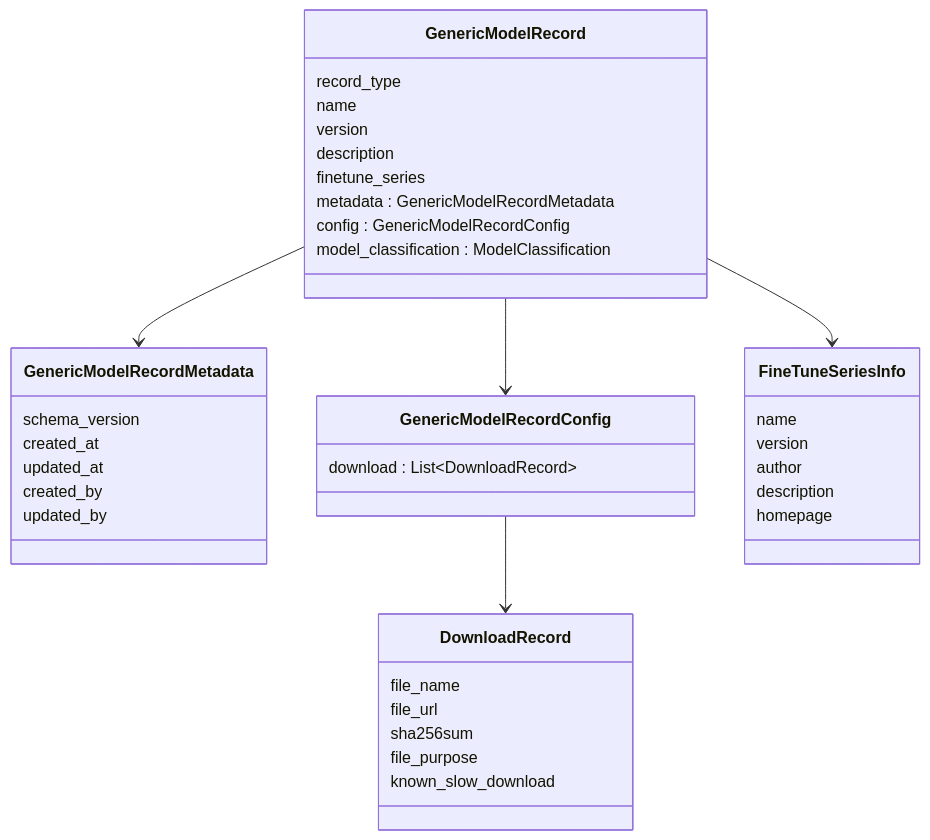
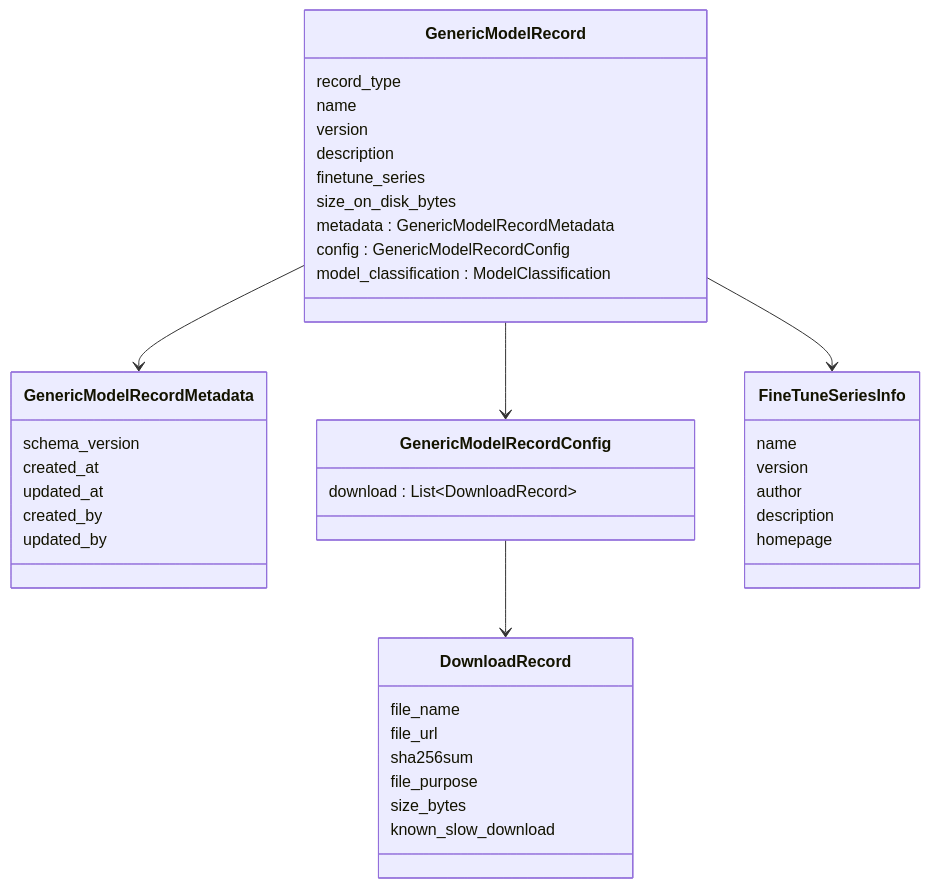
The diagram in docs/reference/model_reference_records.md (Haidra-Org/horde-model-reference), drawn with Mermaid before and after one commit. The commit also changed other lines of this file and 30 other files, not shown here.

````diff
--- a/docs/reference/model_reference_records.md
+++ b/docs/reference/model_reference_records.md
@@ -31,41 +32,43 @@
 ```mermaid
 classDiagram
   class GenericModelRecord {
    record_type
    name
    version
    description
    finetune_series
+   size_on_disk_bytes
    metadata : GenericModelRecordMetadata
    config : GenericModelRecordConfig
    model_classification : ModelClassification
   }
   class GenericModelRecordMetadata {
    schema_version
    created_at
    updated_at
    created_by
    updated_by
   }
   class GenericModelRecordConfig {
    download : List~DownloadRecord~
   }
   class DownloadRecord {
    file_name
    file_url
    sha256sum
    file_purpose
+   size_bytes
    known_slow_download
   }
   class FineTuneSeriesInfo {
    name
    version
    author
    description
    homepage
   }
   GenericModelRecord --> GenericModelRecordMetadata
   GenericModelRecord --> GenericModelRecordConfig
   GenericModelRecord --> FineTuneSeriesInfo
   GenericModelRecordConfig --> DownloadRecord
 ```
````
